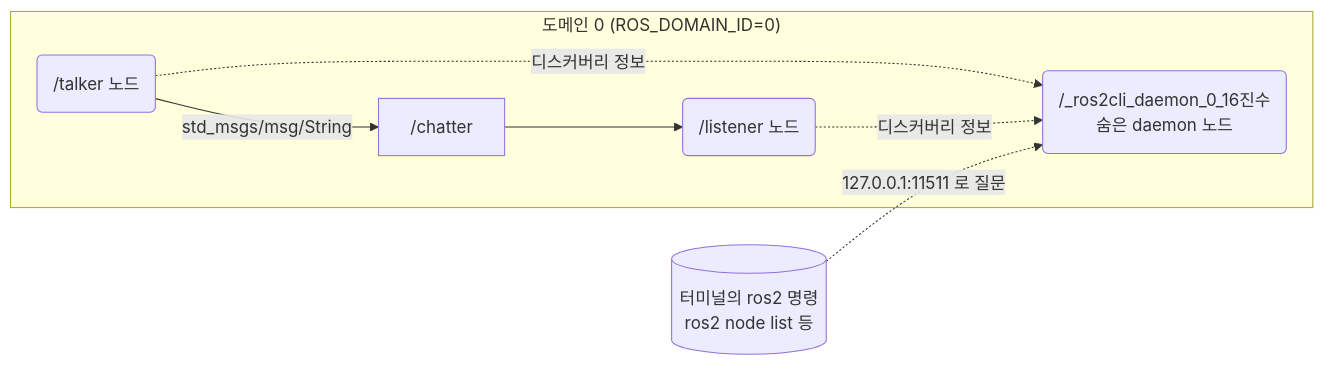
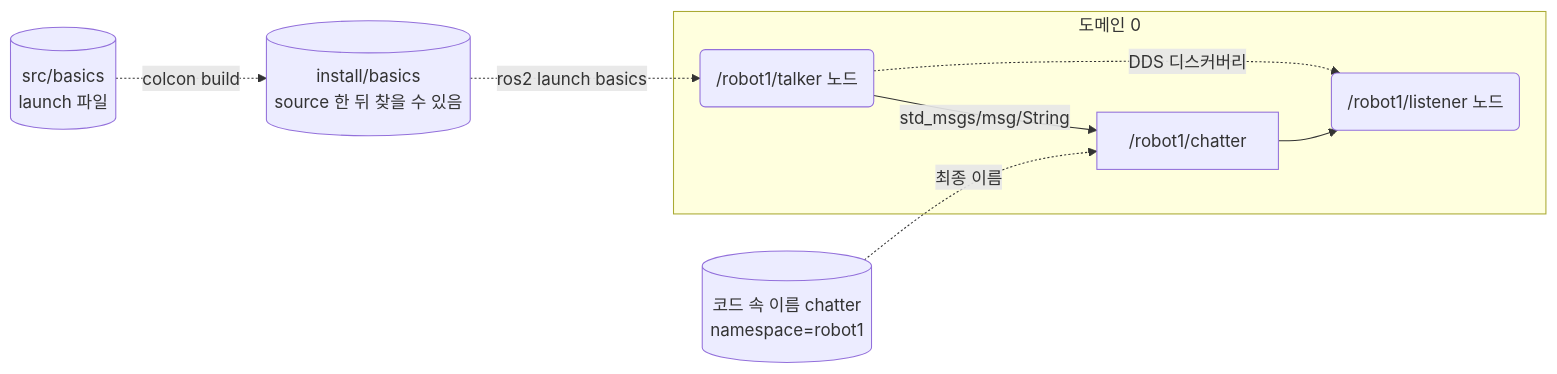
One commit to PJW-1/rosbook_guide changed the first of 4 diagrams in ch02_preliminaries.md. Above: the diagram before and after it, drawn with Mermaid. The commit also changed other lines of this file and 3 other files, not shown here.

````diff
--- a/ch02_preliminaries.md
+++ b/ch02_preliminaries.md
@@ -12,11 +12,11 @@
 ```mermaid
 flowchart LR
-  subgraph dom0 ["도메인 0 (ROS_DOMAIN_ID=0)"]
-    talker("/talker 노드") -->|"std_msgs/msg/String"| chatter["/chatter"]
-    chatter --> listener("/listener 노드")
-    daemon("/_ros2cli_daemon_0_16진수<br/>숨은 daemon 노드")
-    talker -.->|"디스커버리 정보"| daemon
-    listener -.->|"디스커버리 정보"| daemon
+  subgraph dom0 ["도메인 0"]
+    talker("/robot1/talker 노드") -->|"std_msgs/msg/String"| chatter["/robot1/chatter"]
+    chatter --> listener("/robot1/listener 노드")
+    talker -.->|"DDS 디스커버리"| listener
   end
-  cli[("터미널의 ros2 명령<br/>ros2 node list 등")] -.->|"127.0.0.1:11511 로 질문"| daemon
+  src[("src/basics<br/>launch 파일")] -.->|"colcon build"| inst[("install/basics<br/>source 한 뒤 찾을 수 있음")]
+  inst -.->|"ros2 launch basics"| talker
+  codename[("코드 속 이름 chatter<br/>namespace=robot1")] -.->|"최종 이름"| chatter
 ```
````
